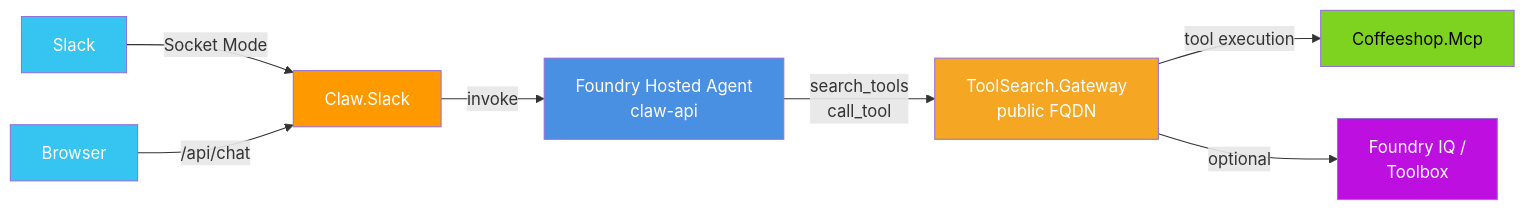
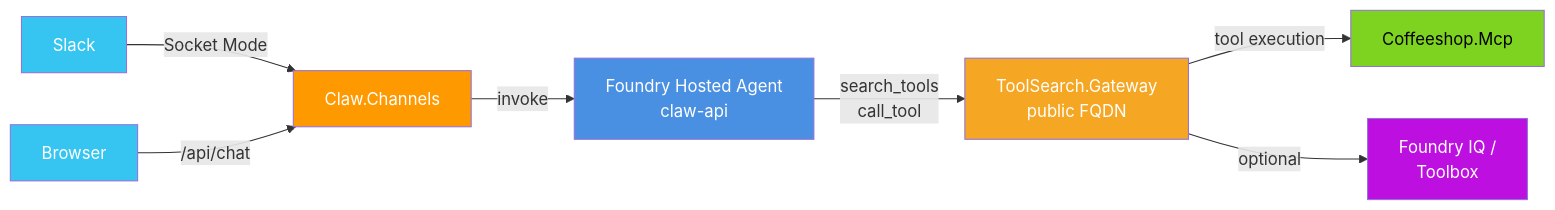
Before and after one commit to thangchung/agent-engineering-experiment: the first of 2 diagrams in foundry-agentfx/README.md, drawn with Mermaid. The commit also changed other lines of this file and 35 other files, not shown here.

````diff
--- a/foundry-agentfx/README.md
+++ b/foundry-agentfx/README.md
@@ -12,19 +12,19 @@
 ```mermaid
 graph LR
     Slack["Slack"]
     Browser["Browser"]
-    Slack -->|Socket Mode| SlackAdapter["Claw.Slack"]
+    Slack -->|Socket Mode| SlackAdapter["Claw.Channels"]
     Browser -->|/api/chat| SlackAdapter
     SlackAdapter -->|invoke| Agent["Foundry Hosted Agent<br/>claw-api"]
     Agent -->|search_tools<br/>call_tool| Gateway["ToolSearch.Gateway<br/>public FQDN"]
     Gateway -->|tool execution| Coffeeshop["Coffeeshop.Mcp"]
     Gateway -->|optional| Toolbox["Foundry IQ /<br/>Toolbox"]
     
     style Slack fill:#36c5f0,color:#fff
     style Browser fill:#36c5f0,color:#fff
     style SlackAdapter fill:#ff9900,color:#fff
     style Agent fill:#4a90e2,color:#fff
     style Gateway fill:#f5a623,color:#fff
     style Coffeeshop fill:#7ed321,color:#000
     style Toolbox fill:#bd10e0,color:#fff
 ```
````
